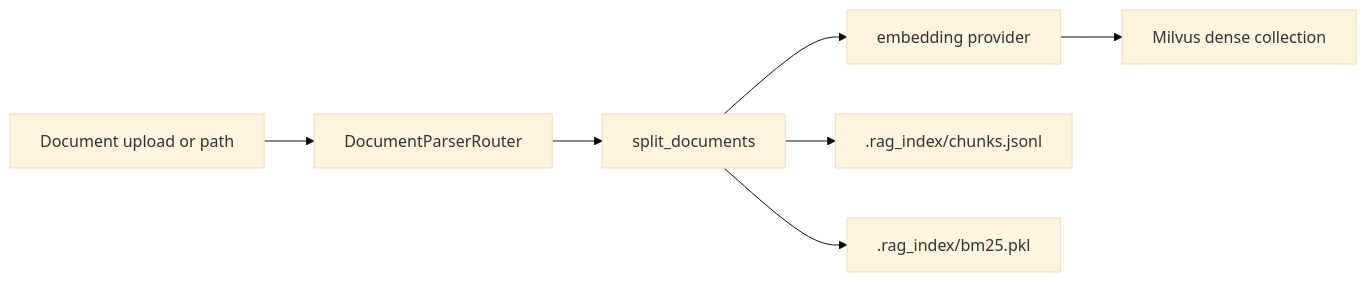
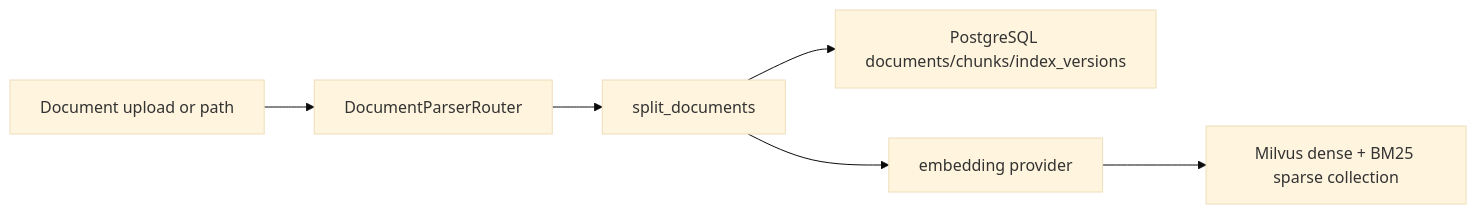
Before and after one commit to Ore124/QueryNest: the first of 2 diagrams in docs/rag_storage_upgrade_report.md, drawn with Mermaid (base theme). The commit also changed other lines of this file and 13 other files, not shown here.

Commit message:
Replace local BM25 with Milvus hybrid retrieval

````diff
--- a/docs/rag_storage_upgrade_report.md
+++ b/docs/rag_storage_upgrade_report.md
@@ -7,9 +7,8 @@
 ```mermaid
 flowchart LR
     Upload["Document upload or path"] --> Parse["DocumentParserRouter"]
     Parse --> Chunk["split_documents"]
+    Chunk --> Postgres["PostgreSQL documents/chunks/index_versions"]
     Chunk --> Embed["embedding provider"]
-    Embed --> Milvus["Milvus dense collection"]
-    Chunk --> LocalChunks[".rag_index/chunks.jsonl"]
-    Chunk --> LocalBM25[".rag_index/bm25.pkl"]
+    Embed --> Milvus["Milvus dense + BM25 sparse collection"]
 ```
````
